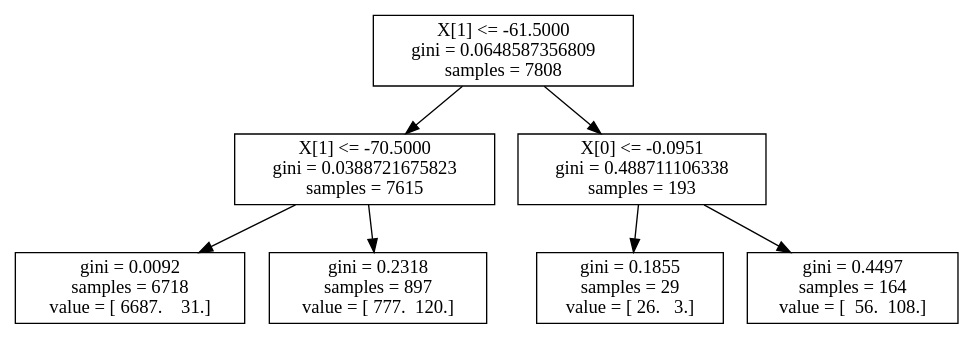
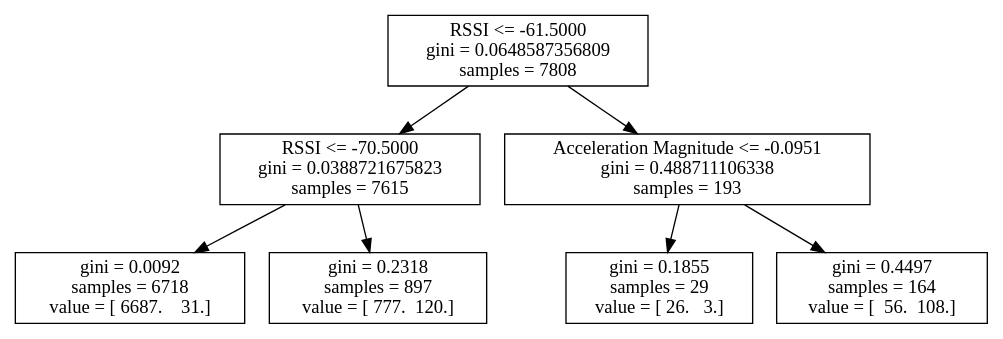
The diagram in logs/4_19/log6.dot (atitus5/6s062-Project), drawn with Graphviz before and after one commit. The commit also changed 73 other files, not shown here.

```diff
--- a/logs/4_19/log6.dot
+++ b/logs/4_19/log6.dot
@@ -1,15 +1,15 @@
 digraph Tree {
-0 [label="X[1] <= -61.5000\ngini = 0.0648587356809\nsamples = 7808", shape="box"] ;
-1 [label="X[1] <= -70.5000\ngini = 0.0388721675823\nsamples = 7615", shape="box"] ;
+0 [label="RSSI <= -61.5000\ngini = 0.0648587356809\nsamples = 7808", shape="box"] ;
+1 [label="RSSI <= -70.5000\ngini = 0.0388721675823\nsamples = 7615", shape="box"] ;
 0 -> 1 ;
 2 [label="gini = 0.0092\nsamples = 6718\nvalue = [ 6687.    31.]", shape="box"] ;
 1 -> 2 ;
 3 [label="gini = 0.2318\nsamples = 897\nvalue = [ 777.  120.]", shape="box"] ;
 1 -> 3 ;
-4 [label="X[0] <= -0.0951\ngini = 0.488711106338\nsamples = 193", shape="box"] ;
+4 [label="Acceleration Magnitude <= -0.0951\ngini = 0.488711106338\nsamples = 193", shape="box"] ;
 0 -> 4 ;
 5 [label="gini = 0.1855\nsamples = 29\nvalue = [ 26.   3.]", shape="box"] ;
 4 -> 5 ;
 6 [label="gini = 0.4497\nsamples = 164\nvalue = [  56.  108.]", shape="box"] ;
 4 -> 6 ;
 }
```
